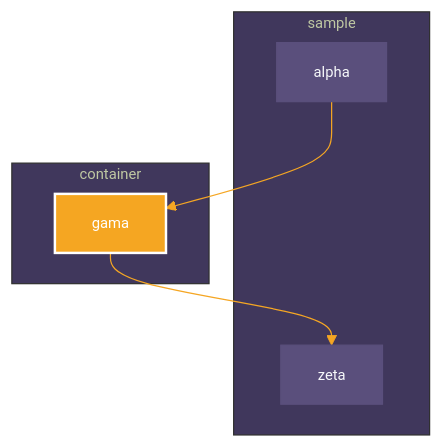
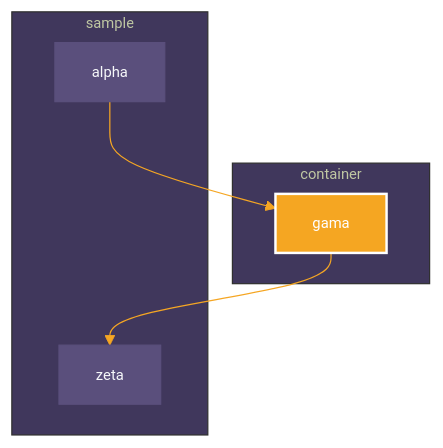
The diagram in sample/README.md (iurysza/module-graph), drawn with Mermaid before and after one commit. The commit also changed other lines of this file and 2 other files, not shown here.

````diff
--- a/sample/README.md
+++ b/sample/README.md
@@ -3,22 +3,22 @@
 ```mermaid
 %%{
   init: {
     'theme': 'base',
     'themeVariables': {"primaryTextColor":"#F6F8FAff","primaryColor":"#5a4f7c","primaryBorderColor":"#5a4f7c","tertiaryColor":"#40375c","lineColor":"#f5a623","fontSize":"12px"}
   }
 }%%
 
 graph TB
+  subgraph container
+    gama
+  end
   subgraph sample
     alpha
     zeta
-  end
-  subgraph container
-    gama
   end
   alpha --> gama
   gama --> zeta
 
 classDef focus fill:#F5A622,stroke:#fff,stroke-width:2px,color:#fff;
 class gama focus
 ```
````
